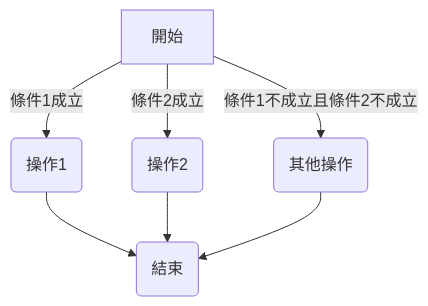
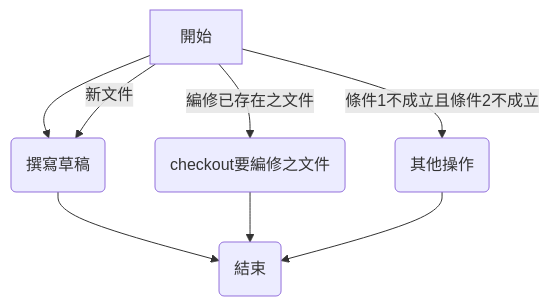
The second of 2 diagrams in uu.md (netlol/test22), drawn with Mermaid before and after one commit.

````diff
--- a/uu.md
+++ b/uu.md
@@ -8,10 +8,11 @@
 ```mermaid
 graph TD;
-  A[開始] -->|條件1成立| B(操作1);
-  A -->|條件2成立| C(操作2);
+  A[開始] --> B(操作1);
+  A[開始] -->|新文件| B(撰寫草稿);
+  A -->|編修已存在之文件| C(checkout要編修之文件);
   B --> D(結束);
   C --> D;
   A -->|條件1不成立且條件2不成立| E(其他操作);
   E --> D;
 
 ```
````
